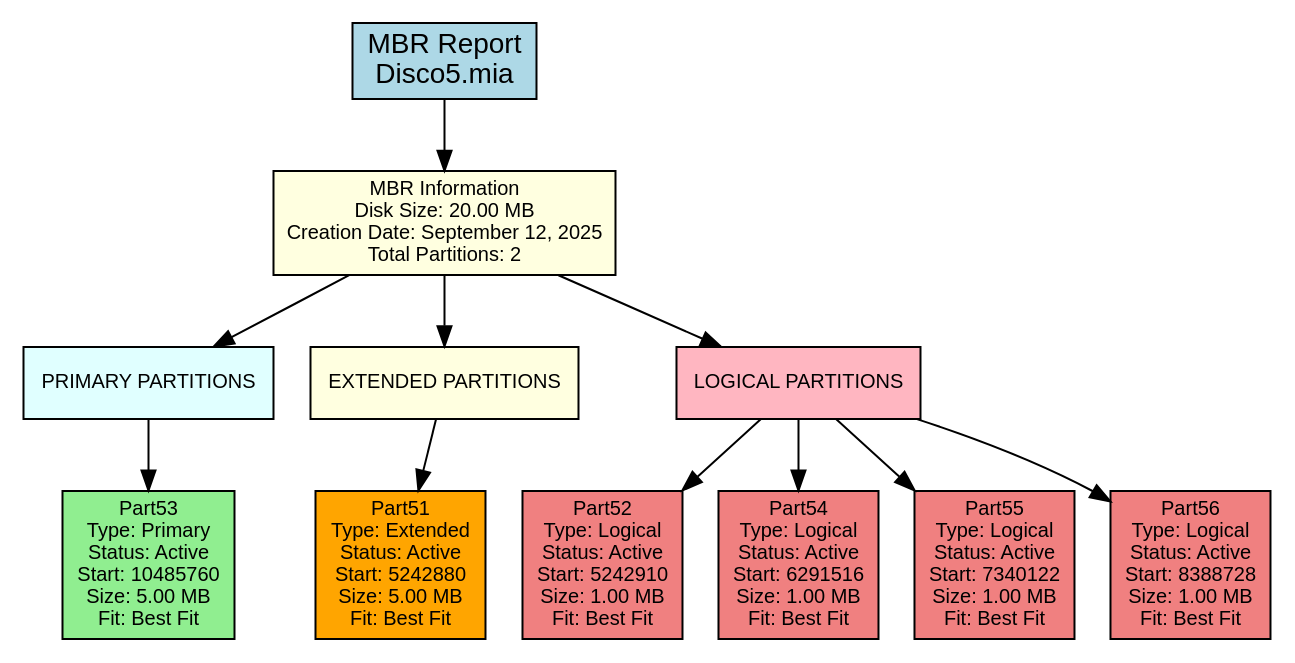
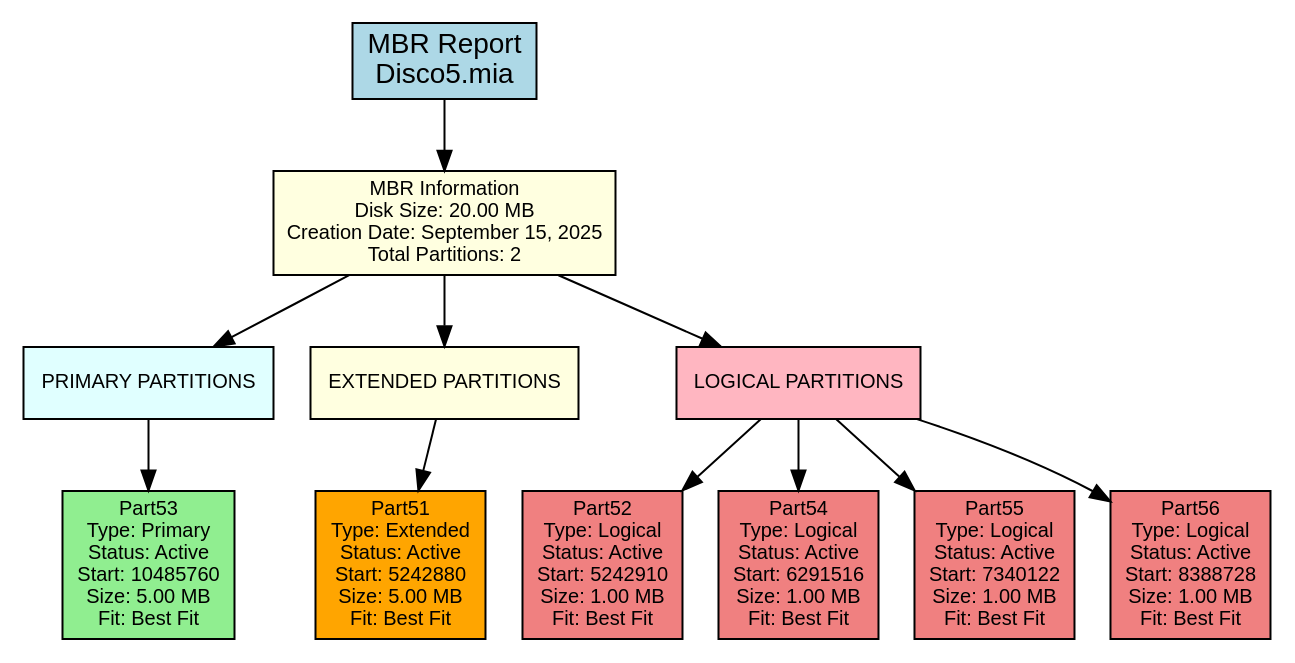
One commit to DiegVas/MIA_2S2025_P1_202300638 changed the diagram in backend/provider/reports/src/mbr_381C.dot. Above: the diagram before and after it, drawn with Graphviz. The commit also changed 34 other files, not shown here.

```diff
--- a/backend/provider/reports/src/mbr_381C.dot
+++ b/backend/provider/reports/src/mbr_381C.dot
@@ -1,34 +1,34 @@
 digraph MBR_Report {
     rankdir=TB;
     node [shape=box, style=filled];
     graph [fontname="Arial", fontsize=12];
     node [fontname="Arial", fontsize=10];
     edge [fontname="Arial"];
 
     title [label="MBR Report\nDisco5.mia", fillcolor=lightblue, fontsize=14];
 
-    mbr_info [label="MBR Information\nDisk Size: 20.00 MB\nCreation Date: September 12, 2025\nTotal Partitions: 2", fillcolor=lightyellow];
+    mbr_info [label="MBR Information\nDisk Size: 20.00 MB\nCreation Date: September 15, 2025\nTotal Partitions: 2", fillcolor=lightyellow];
 
     primary_section [label="PRIMARY PARTITIONS", shape=box, style=filled, fillcolor=lightcyan];
     primary_0 [label="Part53\nType: Primary\nStatus: Active\nStart: 10485760\nSize: 5.00 MB\nFit: Best Fit", fillcolor=lightgreen];
     primary_section -> primary_0;
 
     extended_section [label="EXTENDED PARTITIONS", shape=box, style=filled, fillcolor=lightyellow];
     extended_0 [label="Part51\nType: Extended\nStatus: Active\nStart: 5242880\nSize: 5.00 MB\nFit: Best Fit", fillcolor=orange];
     extended_section -> extended_0;
 
     logical_section [label="LOGICAL PARTITIONS", shape=box, style=filled, fillcolor=lightpink];
     logical_0 [label="Part52\nType: Logical\nStatus: Active\nStart: 5242910\nSize: 1.00 MB\nFit: Best Fit", fillcolor=lightcoral];
     logical_section -> logical_0;
     logical_1 [label="Part54\nType: Logical\nStatus: Active\nStart: 6291516\nSize: 1.00 MB\nFit: Best Fit", fillcolor=lightcoral];
     logical_section -> logical_1;
     logical_2 [label="Part55\nType: Logical\nStatus: Active\nStart: 7340122\nSize: 1.00 MB\nFit: Best Fit", fillcolor=lightcoral];
     logical_section -> logical_2;
     logical_3 [label="Part56\nType: Logical\nStatus: Active\nStart: 8388728\nSize: 1.00 MB\nFit: Best Fit", fillcolor=lightcoral];
     logical_section -> logical_3;
 
     title -> mbr_info;
     mbr_info -> primary_section;
     mbr_info -> extended_section;
     mbr_info -> logical_section;
 }
```
